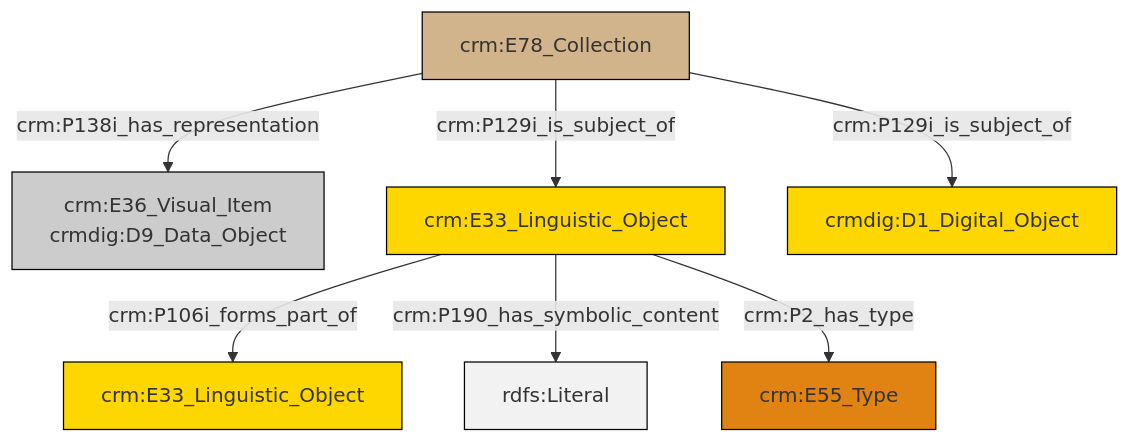
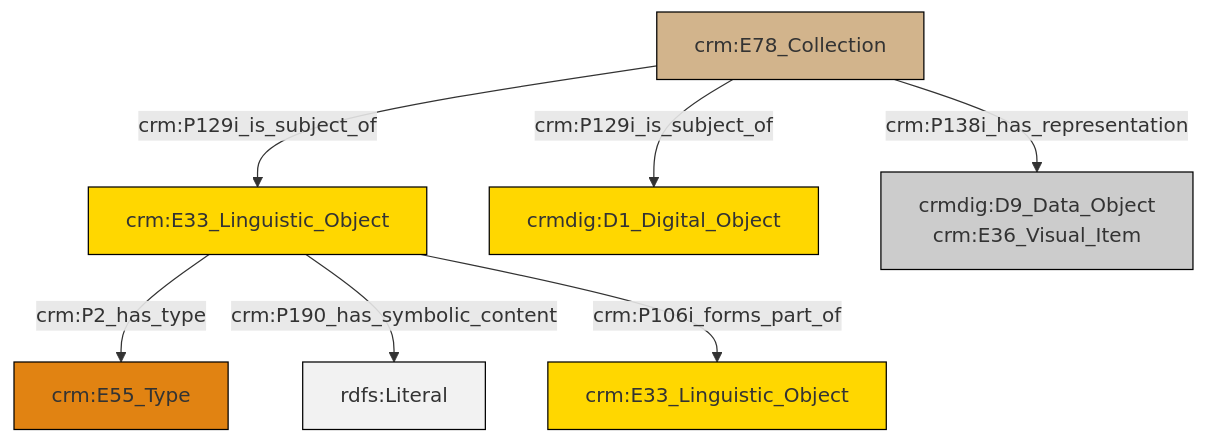
Before and after one commit to swiss-art-research-net/docs.swissartresearch: the diagram in et/archivalCSV/ttl/mmd/archival_docs.ttl.mmd, drawn with Mermaid. The commit also changed 210 other files, not shown here.

```diff
--- a/et/archivalCSV/ttl/mmd/archival_docs.ttl.mmd
+++ b/et/archivalCSV/ttl/mmd/archival_docs.ttl.mmd
@@ -1,21 +1,21 @@
 graph TD
 classDef Literal fill:#f2f2f2,stroke:#000000;
 classDef CRM_Entity fill:#FFFFFF,stroke:#000000;
 classDef Temporal_Entity fill:#00C9E6, stroke:#000000;
 classDef Type fill:#E18312, stroke:#000000;
 classDef Time-Span fill:#2C9C91, stroke:#000000;
 classDef Appellation fill:#FFEB7F, stroke:#000000;
 classDef Place fill:#008836, stroke:#000000;
 classDef Persistent_Item fill:#B266B2, stroke:#000000;
 classDef Conceptual_Object fill:#FFD700, stroke:#000000;
 classDef Physical_Thing fill:#D2B48C, stroke:#000000;
 classDef Actor fill:#f58aad, stroke:#000000;
 classDef PC_Classes fill:#4ce600, stroke:#000000;
 classDef Multi fill:#cccccc,stroke:#000000;
 
-6["crm:E78_Collection"]:::Physical_Thing -->|crm:P129i_is_subject_of| 4["crm:E33_Linguistic_Object"]:::Conceptual_Object
-4["crm:E33_Linguistic_Object"]:::Conceptual_Object -->|crm:P106i_forms_part_of| 2["crm:E33_Linguistic_Object"]:::Conceptual_Object
-6["crm:E78_Collection"]:::Physical_Thing -->|crm:P129i_is_subject_of| 7["crmdig:D1_Digital_Object"]:::Conceptual_Object
-6["crm:E78_Collection"]:::Physical_Thing -->|crm:P138i_has_representation| 0["crm:E36_Visual_Item<br>crmdig:D9_Data_Object"]:::Multi
-4["crm:E33_Linguistic_Object"]:::Conceptual_Object -->|crm:P190_has_symbolic_content| 14[rdfs:Literal]:::Literal
-4["crm:E33_Linguistic_Object"]:::Conceptual_Object -->|crm:P2_has_type| 8["crm:E55_Type"]:::Type
+0["crm:E78_Collection"]:::Physical_Thing -->|crm:P129i_is_subject_of| 1["crm:E33_Linguistic_Object"]:::Conceptual_Object
+1["crm:E33_Linguistic_Object"]:::Conceptual_Object -->|crm:P2_has_type| 5["crm:E55_Type"]:::Type
+0["crm:E78_Collection"]:::Physical_Thing -->|crm:P138i_has_representation| 9["crmdig:D9_Data_Object<br>crm:E36_Visual_Item"]:::Multi
+1["crm:E33_Linguistic_Object"]:::Conceptual_Object -->|crm:P190_has_symbolic_content| 11[rdfs:Literal]:::Literal
+1["crm:E33_Linguistic_Object"]:::Conceptual_Object -->|crm:P106i_forms_part_of| 7["crm:E33_Linguistic_Object"]:::Conceptual_Object
+0["crm:E78_Collection"]:::Physical_Thing -->|crm:P129i_is_subject_of| 2["crmdig:D1_Digital_Object"]:::Conceptual_Object
```
